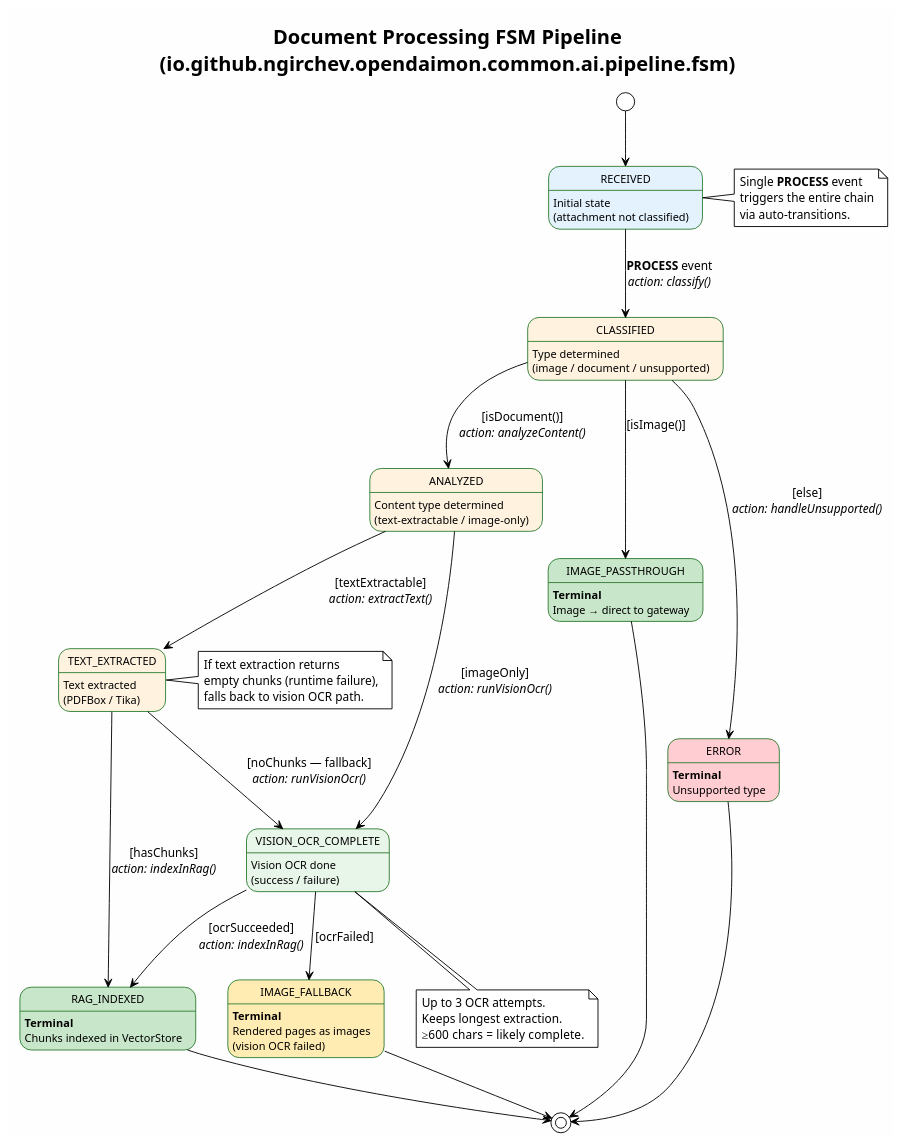
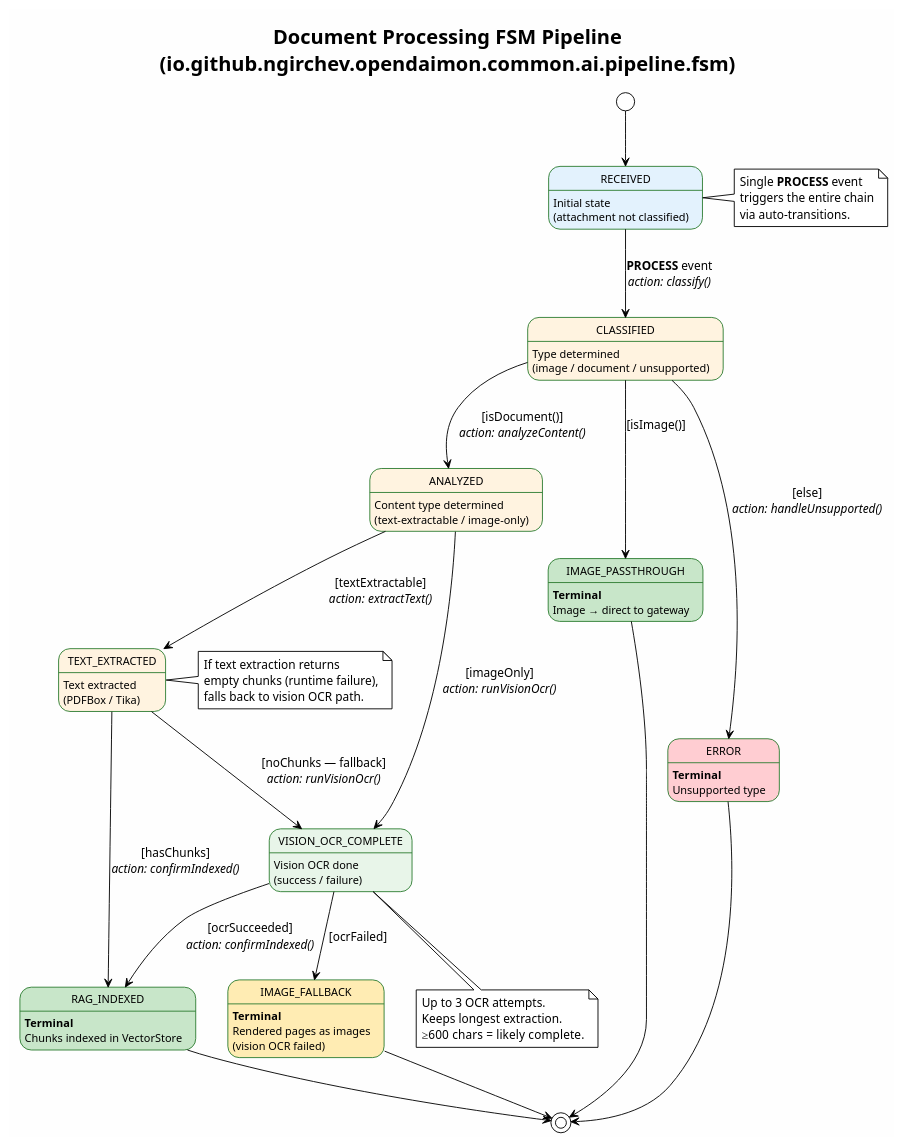
The diagram in docs/fsm-document-pipeline.puml (NGirchev/open-daimon), drawn with PlantUML before and after one commit. The commit also changed 35 other files, not shown here.

```diff
--- a/docs/fsm-document-pipeline.puml
+++ b/docs/fsm-document-pipeline.puml
@@ -1,64 +1,64 @@
 @startuml Document Processing FSM Pipeline
 
 !theme plain
 skinparam backgroundColor #FEFEFE
 skinparam state {
     BackgroundColor #E8F5E9
     BorderColor #2E7D32
     FontSize 12
 }
 
 title Document Processing FSM Pipeline\n(io.github.ngirchev.opendaimon.common.ai.pipeline.fsm)
 
 state "RECEIVED" as RECEIVED #E3F2FD : Initial state\n(attachment not classified)
 state "CLASSIFIED" as CLASSIFIED #FFF3E0 : Type determined\n(image / document / unsupported)
 state "ANALYZED" as ANALYZED #FFF3E0 : Content type determined\n(text-extractable / image-only)
 state "TEXT_EXTRACTED" as TEXT_EXTRACTED #FFF3E0 : Text extracted\n(PDFBox / Tika)
 state "VISION_OCR_COMPLETE" as VISION_OCR : Vision OCR done\n(success / failure)
 
 state "IMAGE_PASSTHROUGH" as IMAGE_PASS #C8E6C9 : **Terminal**\nImage → direct to gateway
 state "RAG_INDEXED" as RAG_INDEXED #C8E6C9 : **Terminal**\nChunks indexed in VectorStore
 state "IMAGE_FALLBACK" as IMAGE_FALLBACK #FFECB3 : **Terminal**\nRendered pages as images\n(vision OCR failed)
 state "ERROR" as ERROR #FFCDD2 : **Terminal**\nUnsupported type
 
 [*] --> RECEIVED
 
 RECEIVED --> CLASSIFIED : **PROCESS** event\n//action: classify()//
 
 CLASSIFIED --> IMAGE_PASS : [isImage()]
 CLASSIFIED --> ANALYZED : [isDocument()]\n//action: analyzeContent()//
 CLASSIFIED --> ERROR : [else]\n//action: handleUnsupported()//
 
 ANALYZED --> TEXT_EXTRACTED : [textExtractable]\n//action: extractText()//
 ANALYZED --> VISION_OCR : [imageOnly]\n//action: runVisionOcr()//
 
-TEXT_EXTRACTED --> RAG_INDEXED : [hasChunks]\n//action: indexInRag()//
+TEXT_EXTRACTED --> RAG_INDEXED : [hasChunks]\n//action: confirmIndexed()//
 TEXT_EXTRACTED --> VISION_OCR : [noChunks — fallback]\n//action: runVisionOcr()//
 
-VISION_OCR --> RAG_INDEXED : [ocrSucceeded]\n//action: indexInRag()//
+VISION_OCR --> RAG_INDEXED : [ocrSucceeded]\n//action: confirmIndexed()//
 VISION_OCR --> IMAGE_FALLBACK : [ocrFailed]
 
 IMAGE_PASS --> [*]
 RAG_INDEXED --> [*]
 IMAGE_FALLBACK --> [*]
 ERROR --> [*]
 
 note right of RECEIVED
   Single **PROCESS** event
   triggers the entire chain
   via auto-transitions.
 end note
 
 note right of TEXT_EXTRACTED
   If text extraction returns
   empty chunks (runtime failure),
   falls back to vision OCR path.
 end note
 
 note bottom of VISION_OCR
   Up to 3 OCR attempts.
   Keeps longest extraction.
   ≥600 chars = likely complete.
 end note
 
 @enduml
```
